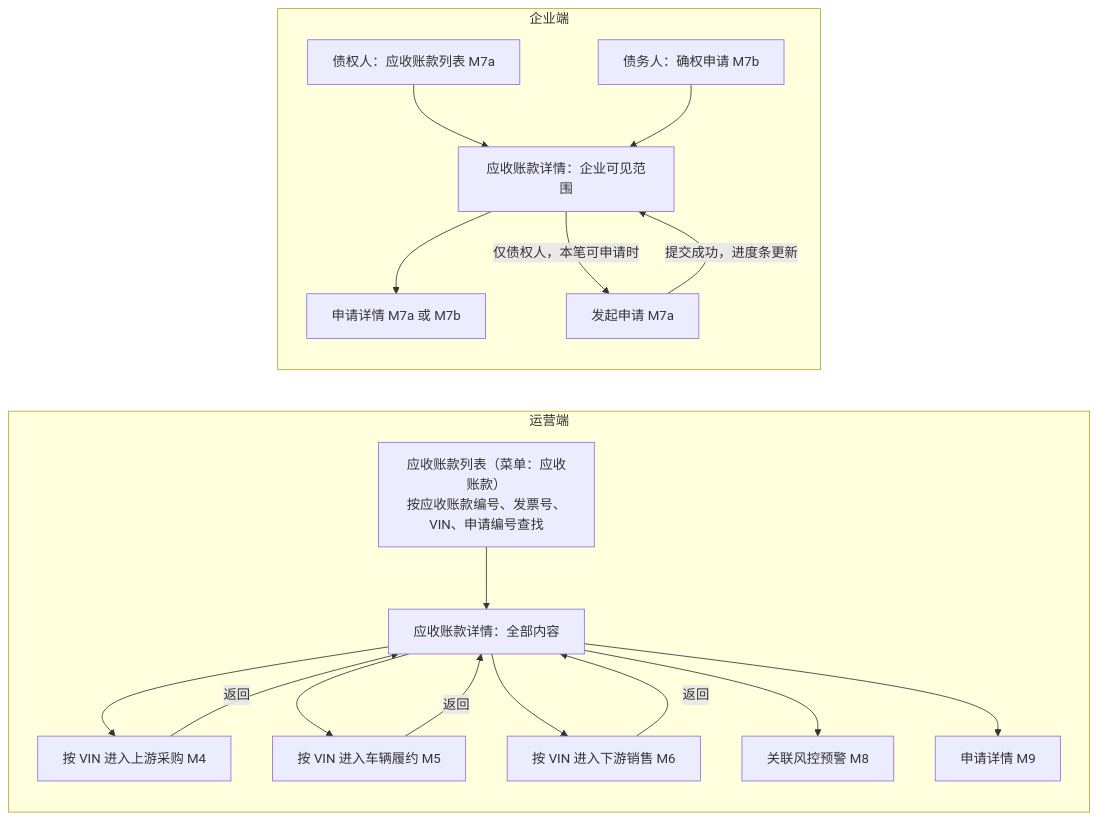
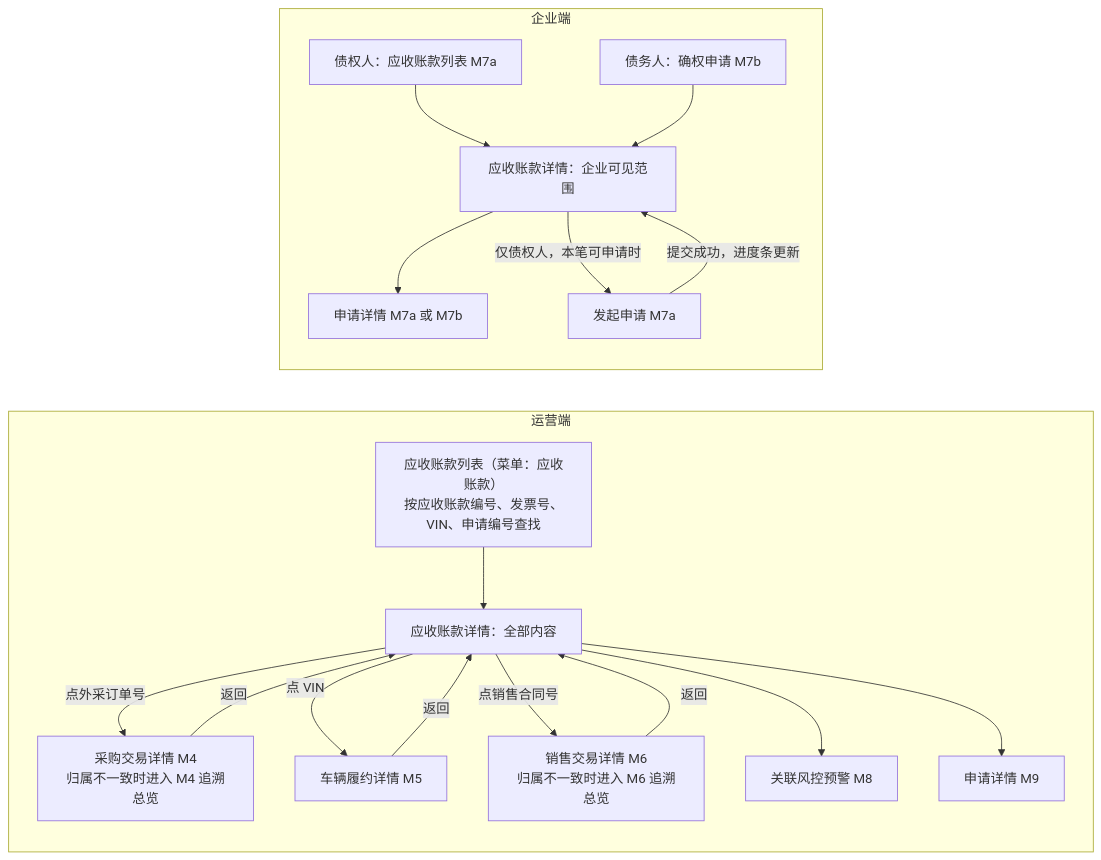
Before and after one commit to wxblockchain/Chain-Financing: the fifth of 5 diagrams in asset-trust-platform/PRD/两端共用/M3-应收账款与发票/02-应收账款与发票-流程图与状态机.md, drawn with Mermaid. The commit also changed other lines of this file and 2 other files, not shown here.

Commit message:
prd(WS-603): link vehicles to M4/M5/M6 details with status and refine list/detail

````diff
--- a/asset-trust-platform/PRD/两端共用/M3-应收账款与发票/02-应收账款与发票-流程图与状态机.md
+++ b/asset-trust-platform/PRD/两端共用/M3-应收账款与发票/02-应收账款与发票-流程图与状态机.md
@@ -86,19 +86,19 @@
 ```mermaid
 flowchart LR
     subgraph 运营端
         O1[应收账款列表（菜单：应收账款）<br/>按应收账款编号、发票号、VIN、申请编号查找] --> O2[应收账款详情：全部内容]
-        O2 --> O3[按 VIN 进入上游采购 M4]
-        O2 --> O4[按 VIN 进入车辆履约 M5]
-        O2 --> O5[按 VIN 进入下游销售 M6]
+        O2 -->|点外采订单号| O3[采购交易详情 M4<br/>归属不一致时进入 M4 追溯总览]
+        O2 -->|点 VIN| O4[车辆履约详情 M5]
+        O2 -->|点销售合同号| O5[销售交易详情 M6<br/>归属不一致时进入 M6 追溯总览]
         O2 --> O6[关联风控预警 M8]
         O2 --> O7[申请详情 M9]
         O3 & O4 & O5 -->|返回| O2
     end
     subgraph 企业端
         C1[债权人：应收账款列表 M7a] --> C3[应收账款详情：企业可见范围]
         C2[债务人：确权申请 M7b] --> C3
         C3 --> C4[申请详情 M7a 或 M7b]
         C3 -->|仅债权人，本笔可申请时| C5[发起申请 M7a]
         C5 -->|提交成功，进度条更新| C3
     end
 ```
````
